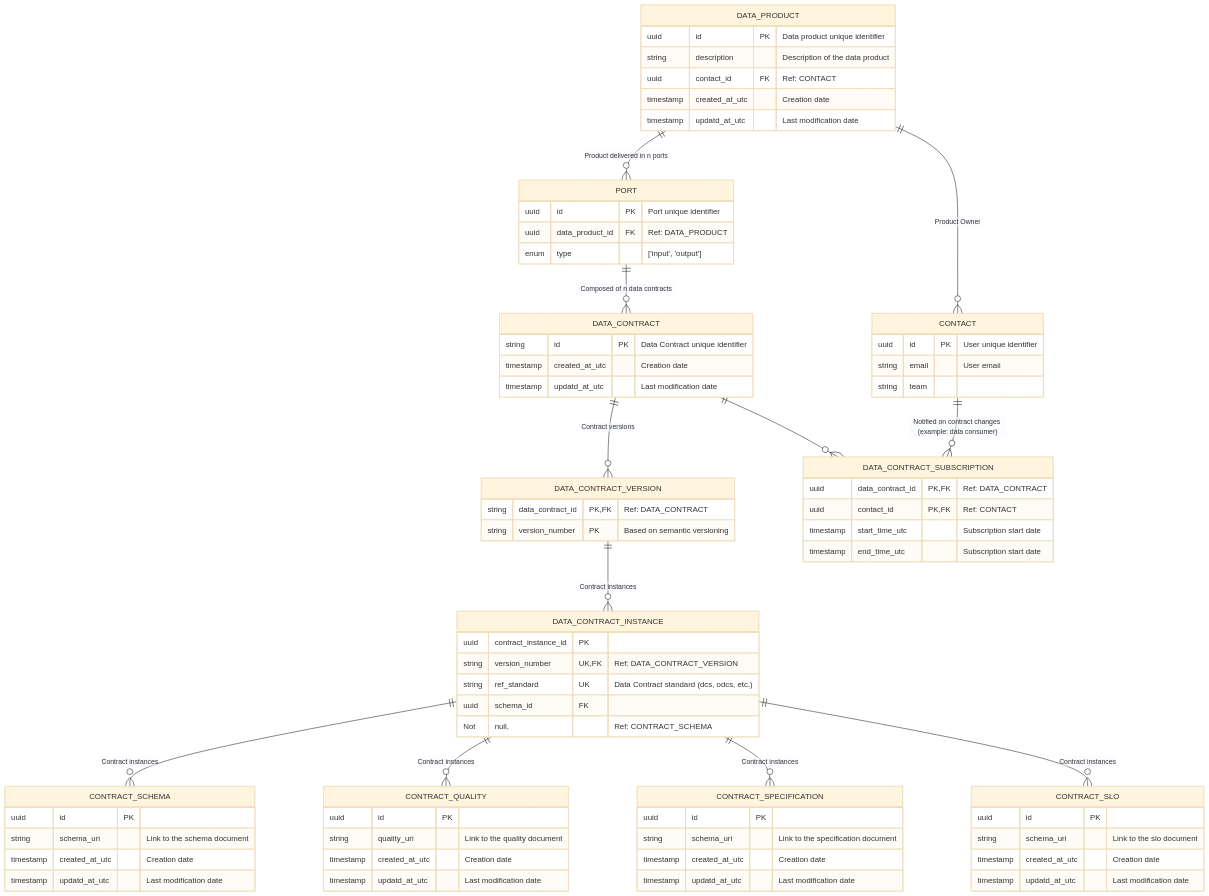
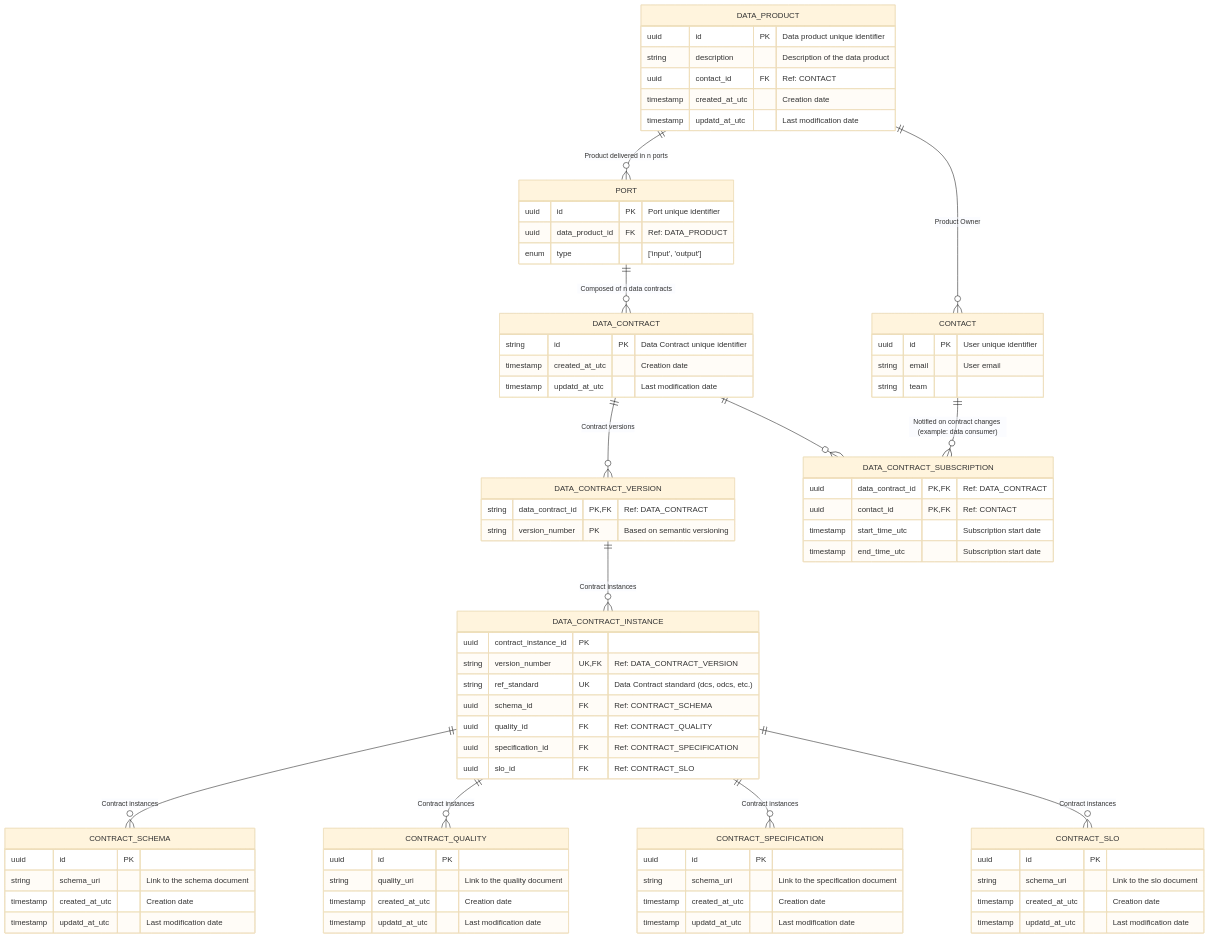
One commit to monmaya/base-impl changed the diagram in docs/relational_model.md. Above: the diagram before and after it, drawn with Mermaid (base theme).

```diff
--- a/docs/relational_model.md
+++ b/docs/relational_model.md
@@ -36,7 +36,10 @@
         uuid contract_instance_id PK
         string version_number UK, FK "Ref: DATA_CONTRACT_VERSION"
         string ref_standard UK "Data Contract standard (dcs, odcs, etc.)"
-        uuid schema_id FK Not null, "Ref: CONTRACT_SCHEMA"
+        uuid schema_id FK "Ref: CONTRACT_SCHEMA"
+        uuid quality_id FK "Ref: CONTRACT_QUALITY"
+        uuid specification_id FK "Ref: CONTRACT_SPECIFICATION"
+        uuid slo_id FK "Ref: CONTRACT_SLO"
     }
     
     DATA_CONTRACT_SUBSCRIPTION {
```
